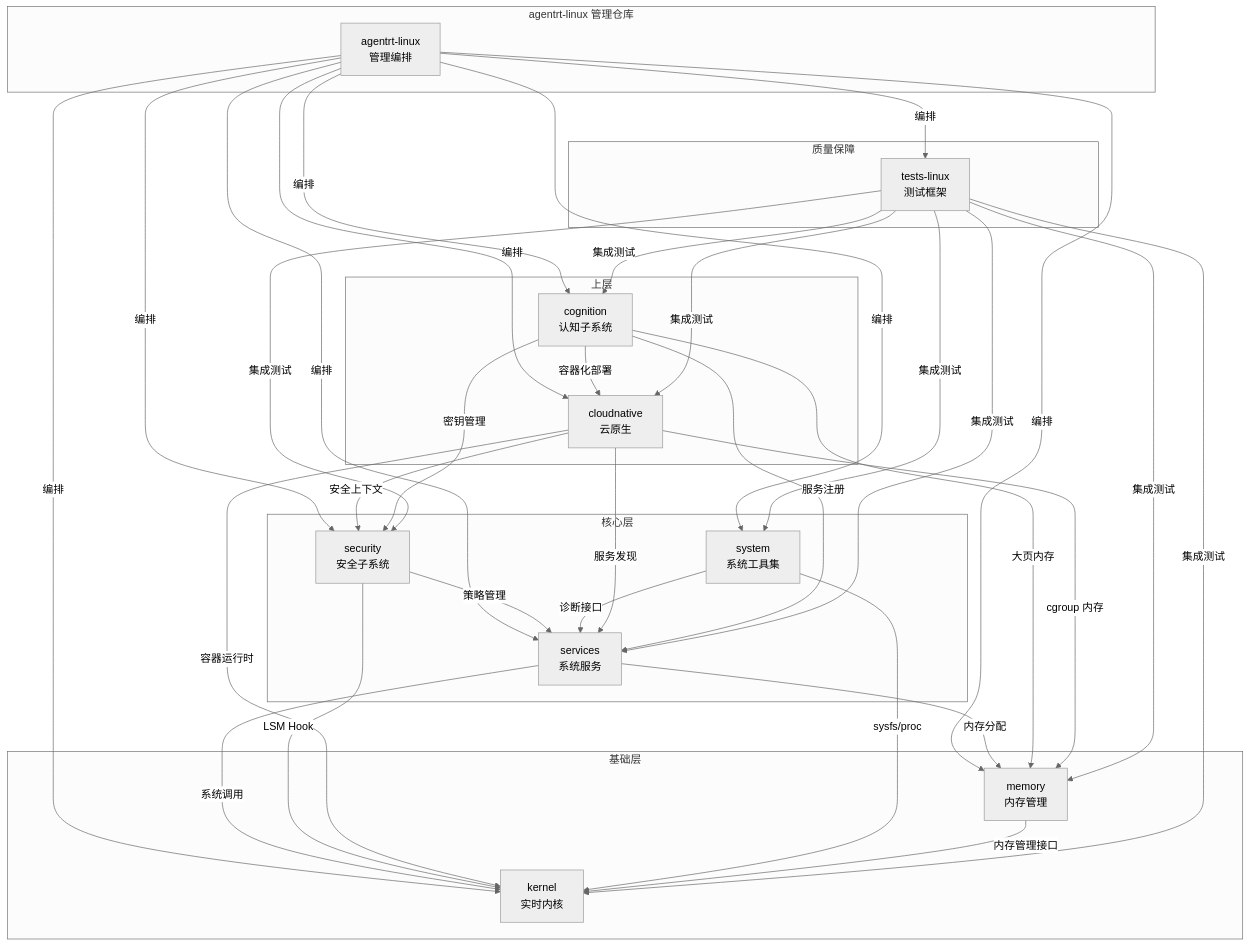
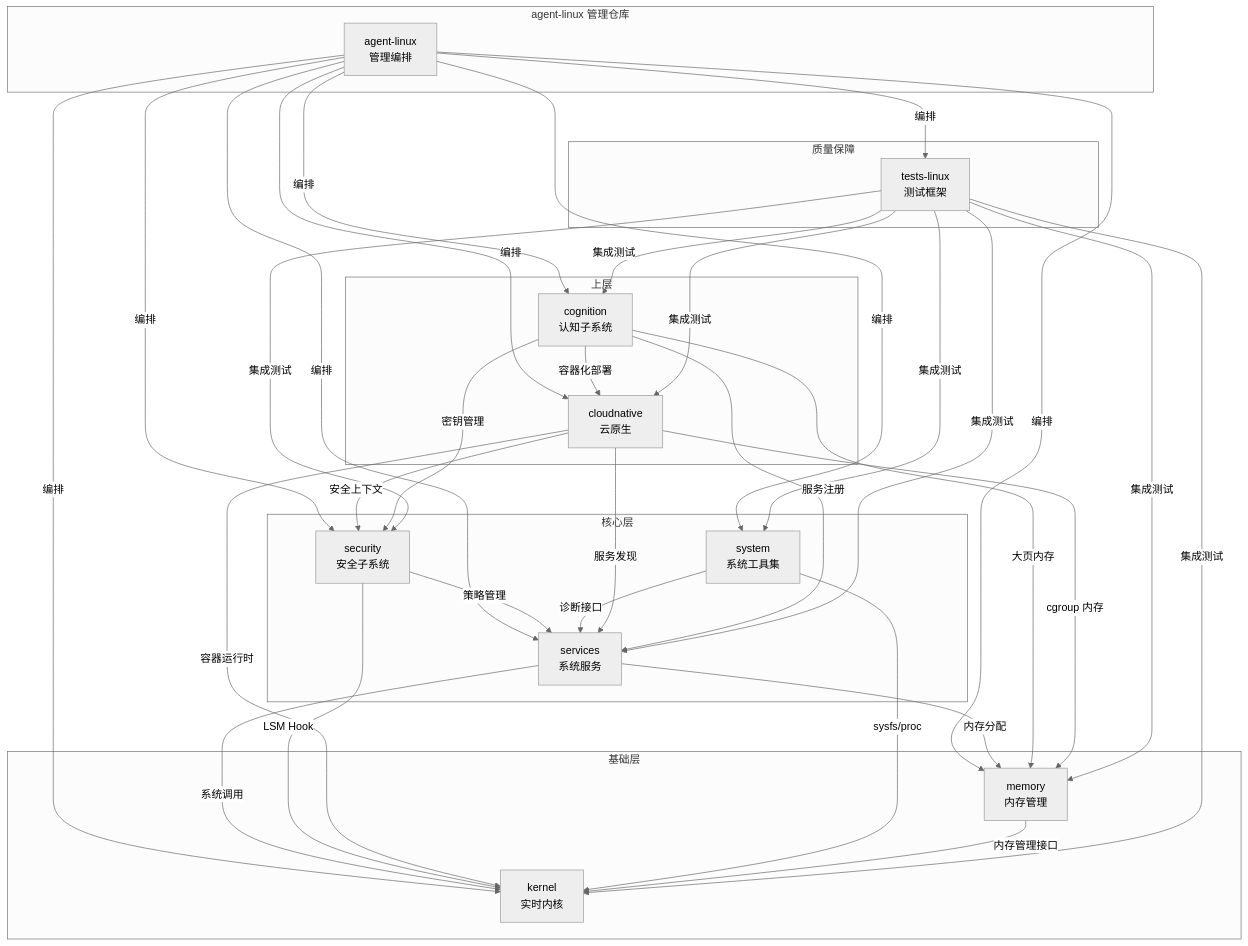
One commit to openairymax/docs-linux changed the sixth of 7 diagrams in 50-engineering-standards/50-project-erp/project_erp.md. Above: the diagram before and after it, drawn with Mermaid (neutral theme). The commit also changed other lines of this file and 172 other files, not shown here.

Commit message:
docs: rename agentrt-linux to agent-linux across docs v0.1.3 双工程结构：agentrt-linux 改名 agent-linux。docs 全仓 186 个 文件中的 agentrt-linux 引用统一为 agent-linux（AirymaxOS 工程名/ URL/路径引用；commit hash 与历史不变）。

````diff
--- a/50-engineering-standards/50-project-erp/project_erp.md
+++ b/50-engineering-standards/50-project-erp/project_erp.md
@@ -1814,63 +1814,63 @@
 ```mermaid
 graph TD
-    subgraph agentrt-linux["agentrt-linux 管理仓库"]
-        MGMT["agentrt-linux<br/>管理编排"]
+    subgraph agent-linux["agent-linux 管理仓库"]
+        MGMT["agent-linux<br/>管理编排"]
     end
 
     subgraph Foundation["基础层"]
         KERNEL["kernel<br/>实时内核"]
         MEMORY["memory<br/>内存管理"]
     end
 
     subgraph Core["核心层"]
         SERVICES["services<br/>系统服务"]
         SECURITY["security<br/>安全子系统"]
         SYSTEM["system<br/>系统工具集"]
     end
 
     subgraph Upper["上层"]
         CLOUD["cloudnative<br/>云原生"]
         COG["cognition<br/>认知子系统"]
     end
 
     subgraph QA["质量保障"]
         TESTS["tests-linux<br/>测试框架"]
     end
 
     MGMT -->|编排| KERNEL
     MGMT -->|编排| MEMORY
     MGMT -->|编排| SERVICES
     MGMT -->|编排| SECURITY
     MGMT -->|编排| SYSTEM
     MGMT -->|编排| CLOUD
     MGMT -->|编排| COG
     MGMT -->|编排| TESTS
 
     SERVICES -->|系统调用| KERNEL
     SECURITY -->|LSM Hook| KERNEL
     CLOUD -->|容器运行时| KERNEL
     SYSTEM -->|sysfs/proc| KERNEL
     MEMORY -->|内存管理接口| KERNEL
 
     SERVICES -->|内存分配| MEMORY
     COG -->|大页内存| MEMORY
     CLOUD -->|cgroup 内存| MEMORY
 
     SECURITY -->|策略管理| SERVICES
     SYSTEM -->|诊断接口| SERVICES
     CLOUD -->|服务发现| SERVICES
     COG -->|服务注册| SERVICES
 
     CLOUD -->|安全上下文| SECURITY
     COG -->|密钥管理| SECURITY
 
     COG -->|容器化部署| CLOUD
 
     TESTS -->|集成测试| KERNEL
     TESTS -->|集成测试| SERVICES
     TESTS -->|集成测试| SECURITY
     TESTS -->|集成测试| CLOUD
     TESTS -->|集成测试| COG
     TESTS -->|集成测试| SYSTEM
     TESTS -->|集成测试| MEMORY
 ```
````
